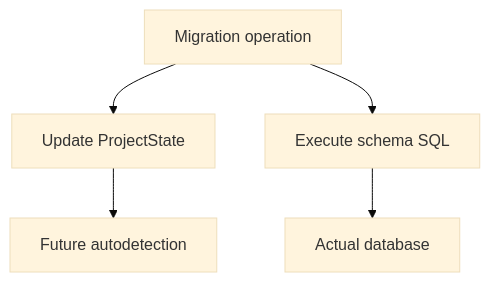
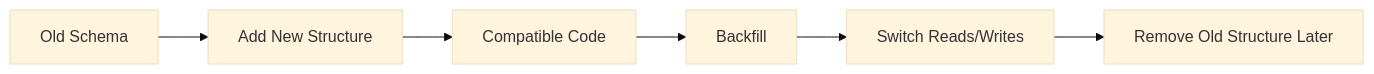
The sixth of 10 diagrams in src/content/django/migrations.md (AvadhBhalodiya/Interview-Preparation), drawn with Mermaid (base theme) before and after one commit. The commit also changed other lines of this file and 80 other files, not shown here.

````diff
--- a/src/content/django/migrations.md
+++ b/src/content/django/migrations.md
@@ -699,7 +578,9 @@
 ```mermaid
-flowchart TD
-    A["Migration operation"] --> B["Update ProjectState"]
-    A --> C["Execute schema SQL"]
-    B --> D["Future autodetection"]
-    C --> E["Actual database"]
+flowchart LR
+    A["Old Schema"]
+    --> B["Add New Structure"]
+    --> C["Compatible Code"]
+    --> D["Backfill"]
+    --> E["Switch Reads/Writes"]
+    --> F["Remove Old Structure Later"]
 ```
````
